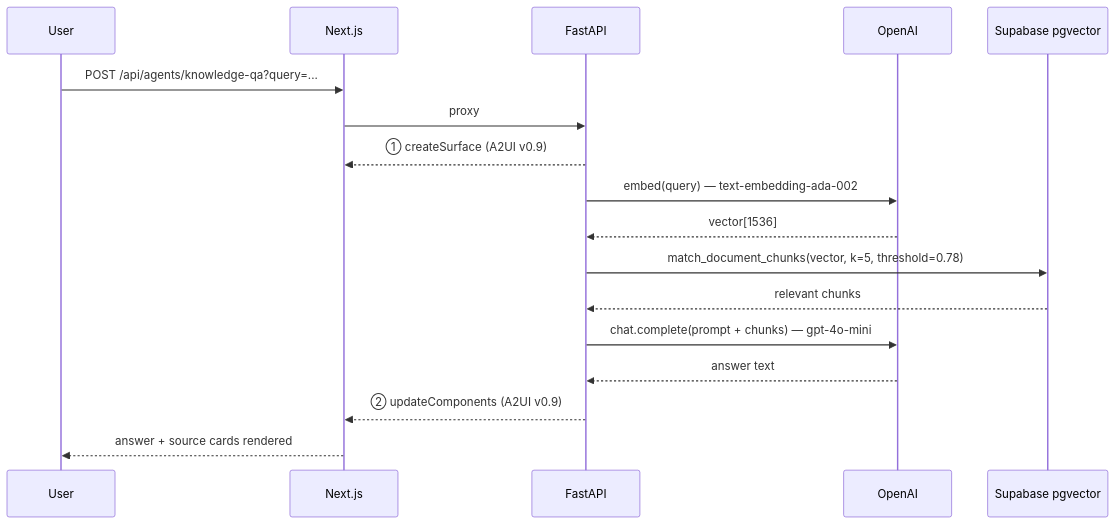
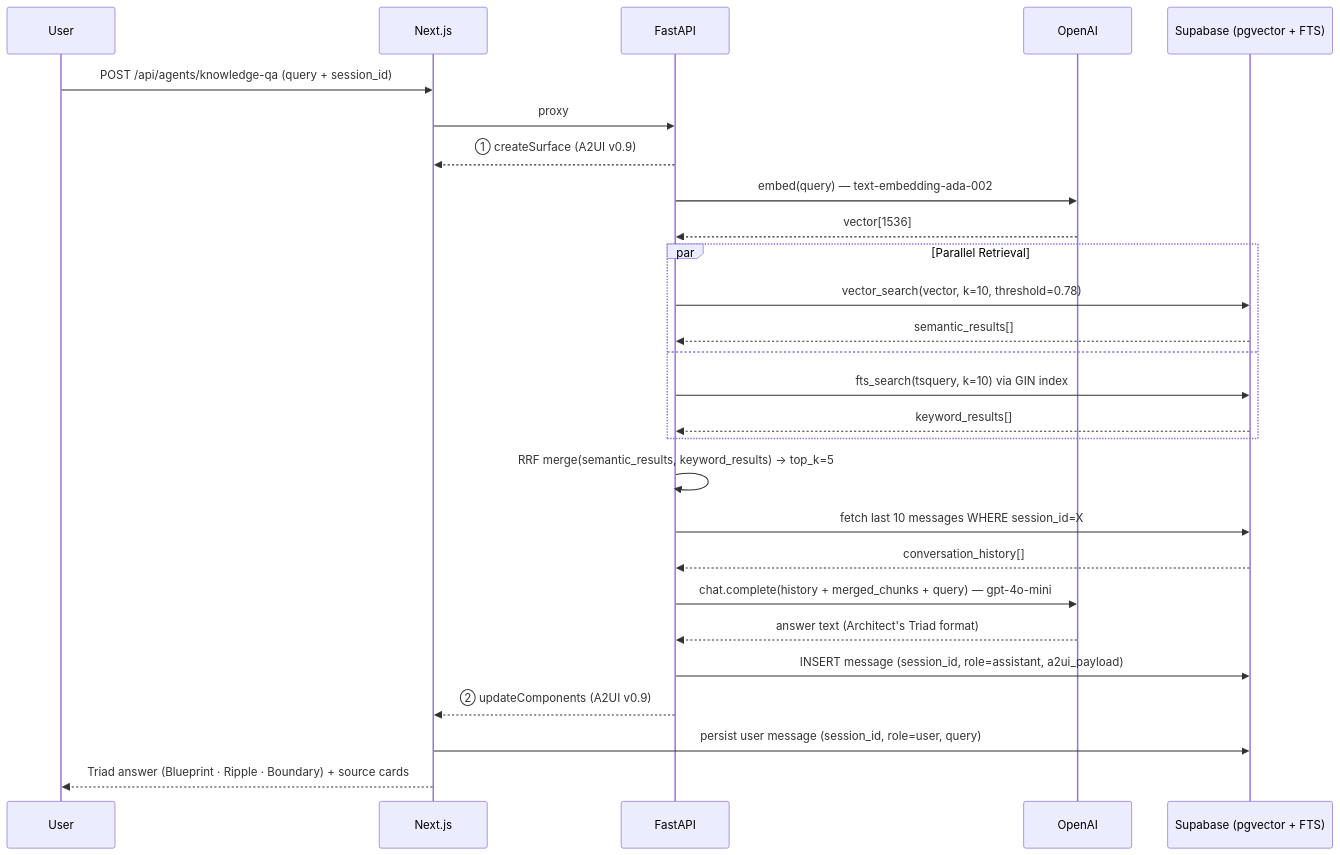
Before and after one commit to dashbh/synapse: the second of 3 diagrams in docs/Architecture.md, drawn with Mermaid. The commit also changed other lines of this file and 2 other files, not shown here.

Commit message:
Document Chat Session history requiremnt & architecture

````diff
--- a/docs/Architecture.md
+++ b/docs/Architecture.md
@@ -86,20 +93,32 @@
 ```mermaid
 sequenceDiagram
     participant User
     participant FE as Next.js
     participant BE as FastAPI
     participant OAI as OpenAI
-    participant DB as Supabase pgvector
+    participant DB as Supabase (pgvector + FTS)
 
-    User->>FE: POST /api/agents/knowledge-qa?query=...
+    User->>FE: POST /api/agents/knowledge-qa (query + session_id)
     FE->>BE: proxy
     BE-->>FE: ① createSurface (A2UI v0.9)
     BE->>OAI: embed(query) — text-embedding-ada-002
     OAI-->>BE: vector[1536]
-    BE->>DB: match_document_chunks(vector, k=5, threshold=0.78)
-    DB-->>BE: relevant chunks
-    BE->>OAI: chat.complete(prompt + chunks) — gpt-4o-mini
-    OAI-->>BE: answer text
+
+    par Parallel Retrieval
+        BE->>DB: vector_search(vector, k=10, threshold=0.78)
+        DB-->>BE: semantic_results[]
+    and
+        BE->>DB: fts_search(tsquery, k=10) via GIN index
+        DB-->>BE: keyword_results[]
+    end
+
+    BE->>BE: RRF merge(semantic_results, keyword_results) → top_k=5
+    BE->>DB: fetch last 10 messages WHERE session_id=X
+    DB-->>BE: conversation_history[]
+    BE->>OAI: chat.complete(history + merged_chunks + query) — gpt-4o-mini
+    OAI-->>BE: answer text (Architect's Triad format)
+    BE->>DB: INSERT message (session_id, role=assistant, a2ui_payload)
     BE-->>FE: ② updateComponents (A2UI v0.9)
-    FE-->>User: answer + source cards rendered
+    FE->>DB: persist user message (session_id, role=user, query)
+    FE-->>User: Triad answer (Blueprint · Ripple · Boundary) + source cards
 ```
````
